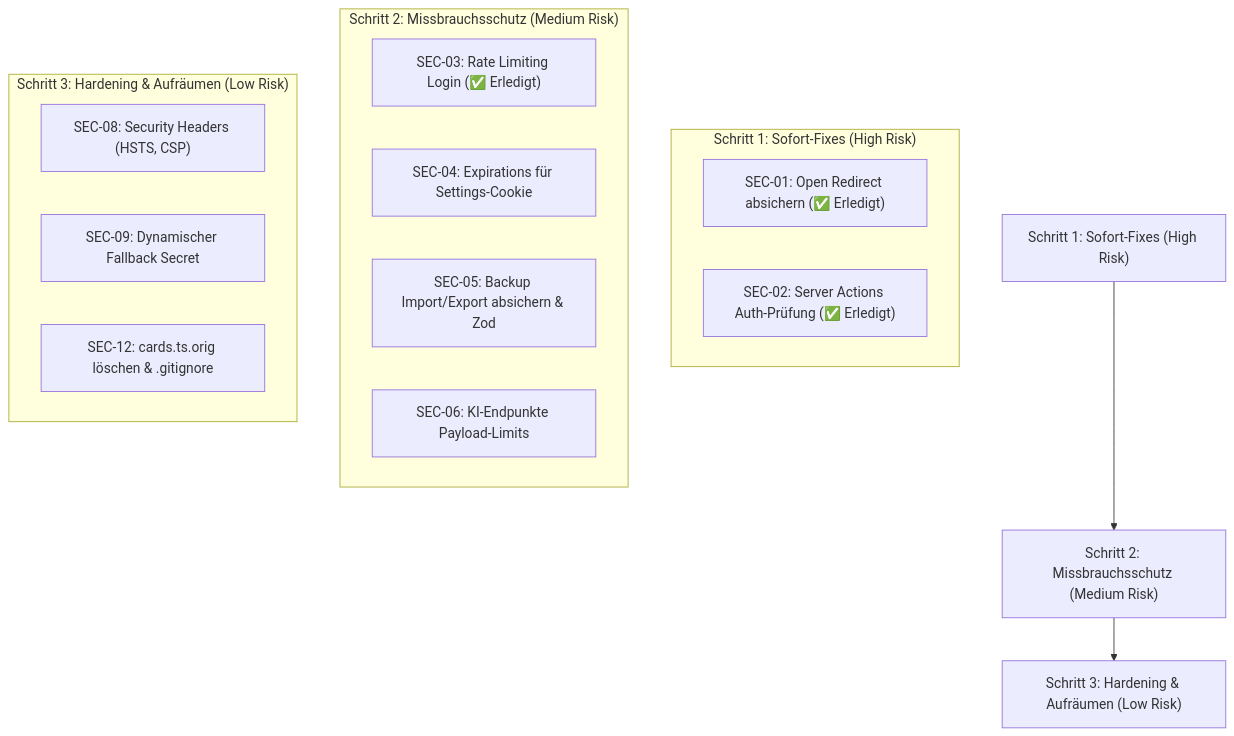
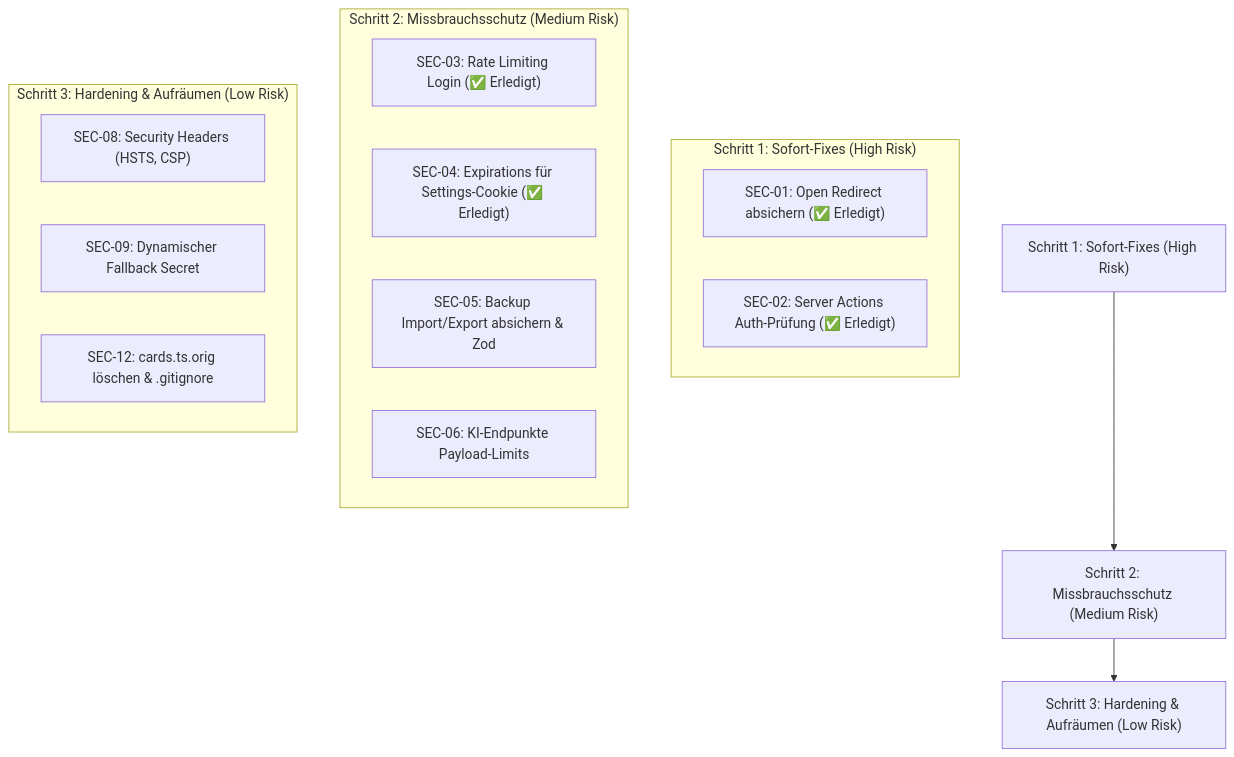
One commit to Le0nB2/vokabeltrainer changed the diagram in security-audit.md. Above: the diagram before and after it, drawn with Mermaid. The commit also changed other lines of this file and 7 other files, not shown here.

Commit message:
fix(security): SEC-04 Ablaufzeitstempel für Settings-Session-Token eingeführt

````diff
--- a/security-audit.md
+++ b/security-audit.md
@@ -188,23 +195,23 @@
 ```mermaid
 flowchart TD
     A["Schritt 1: Sofort-Fixes (High Risk)"] --> B["Schritt 2: Missbrauchsschutz (Medium Risk)"]
     B --> C["Schritt 3: Hardening & Aufräumen (Low Risk)"]
 
     subgraph "Schritt 1: Sofort-Fixes (High Risk)"
         S1["SEC-01: Open Redirect absichern (✅ Erledigt)"]
         S2["SEC-02: Server Actions Auth-Prüfung (✅ Erledigt)"]
     end
 
     subgraph "Schritt 2: Missbrauchsschutz (Medium Risk)"
         S3["SEC-03: Rate Limiting Login (✅ Erledigt)"]
-        S4["SEC-04: Expirations für Settings-Cookie"]
+        S4["SEC-04: Expirations für Settings-Cookie (✅ Erledigt)"]
         S5["SEC-05: Backup Import/Export absichern & Zod"]
         S6["SEC-06: KI-Endpunkte Payload-Limits"]
     end
 
     subgraph "Schritt 3: Hardening & Aufräumen (Low Risk)"
         S7["SEC-08: Security Headers (HSTS, CSP)"]
         S8["SEC-09: Dynamischer Fallback Secret"]
         S9["SEC-12: cards.ts.orig löschen & .gitignore"]
     end
 ```
````
